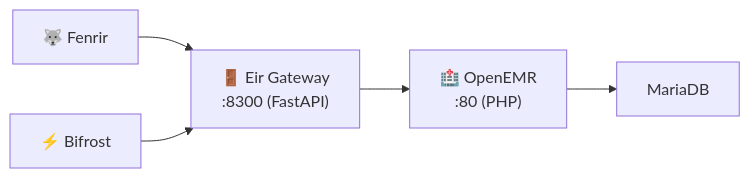
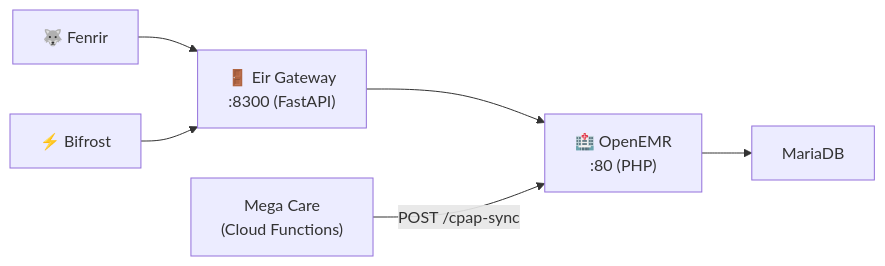
Before and after one commit to MegaWiz-Dev-Team/Eir: the diagram in docs/iso_29110/SI_01_Implementation_Report.md, drawn with Mermaid. The commit also changed other lines of this file and 19 other files, not shown here.

First line of the commit message:
feat(sprint5): CPAP Sync API, LBF forms, sandbox, deploy script, ISO docs

````diff
--- a/docs/iso_29110/SI_01_Implementation_Report.md
+++ b/docs/iso_29110/SI_01_Implementation_Report.md
@@ -25,11 +26,13 @@
 ```mermaid
 flowchart LR
     Fenrir["🐺 Fenrir"]
     Bifrost["⚡ Bifrost"]
     GW["🚪 Eir Gateway\n:8300 (FastAPI)"]
     EMR["🏥 OpenEMR\n:80 (PHP)"]
     DB["MariaDB"]
+    MC["Mega Care\n(Cloud Functions)"]
 
     Fenrir & Bifrost --> GW
     GW --> EMR --> DB
+    MC -- "POST /cpap-sync" --> EMR
 ```
````
